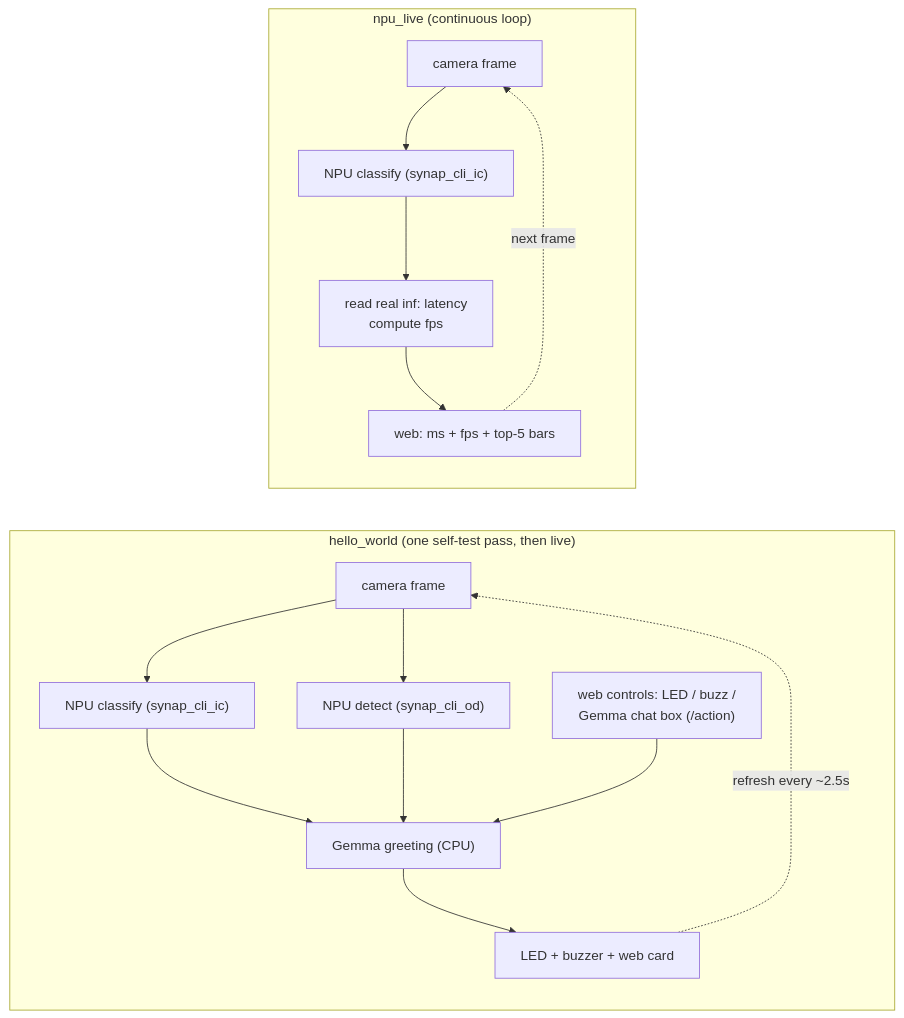
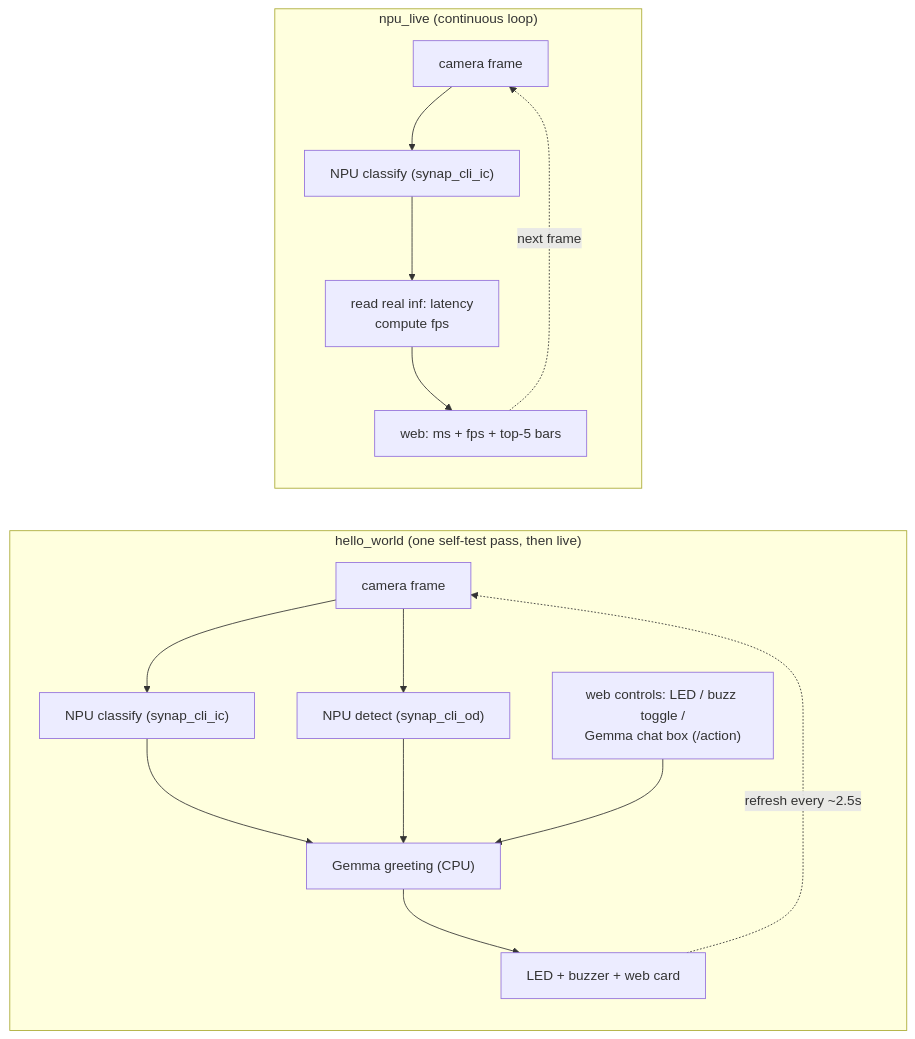
One commit to ykro/coralboard-demos changed the second of 2 diagrams in README.md. Above: the diagram before and after it, drawn with Mermaid. The commit also changed other lines of this file and 1 other file, not shown here.

Commit message:
docs: buzz toggle + active-low/latching buzzer, camera white-balance/contrast pipeline, chat anti-echo, self-test legend

````diff
--- a/README.md
+++ b/README.md
@@ -53,19 +53,19 @@
 ```mermaid
 flowchart LR
   subgraph H["hello_world (one self-test pass, then live)"]
     direction TB
     h1["camera frame"] --> h2["NPU classify (synap_cli_ic)"]
     h1 --> h3["NPU detect (synap_cli_od)"]
     h2 & h3 --> h4["Gemma greeting (CPU)"]
     h4 --> h5["LED + buzzer + web card"]
     h5 -. "refresh every ~2.5s" .-> h1
-    web1["web controls: LED / buzz /<br/>Gemma chat box (/action)"] --> h4
+    web1["web controls: LED / buzz toggle /<br/>Gemma chat box (/action)"] --> h4
   end
   subgraph N["npu_live (continuous loop)"]
     direction TB
     n1["camera frame"] --> n2["NPU classify (synap_cli_ic)"]
     n2 --> n3["read real inf: latency<br/>compute fps"]
     n3 --> n4["web: ms + fps + top-5 bars"]
     n4 -. "next frame" .-> n1
   end
 ```
````
